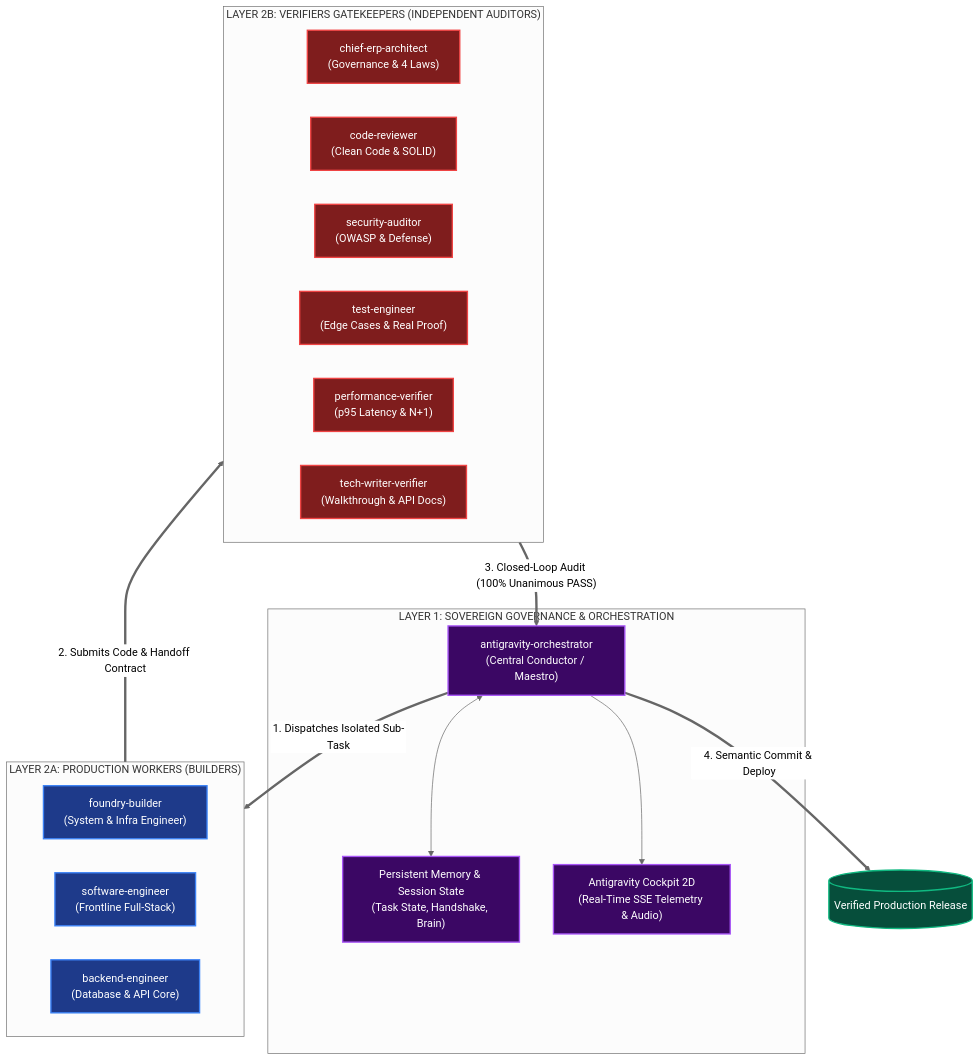
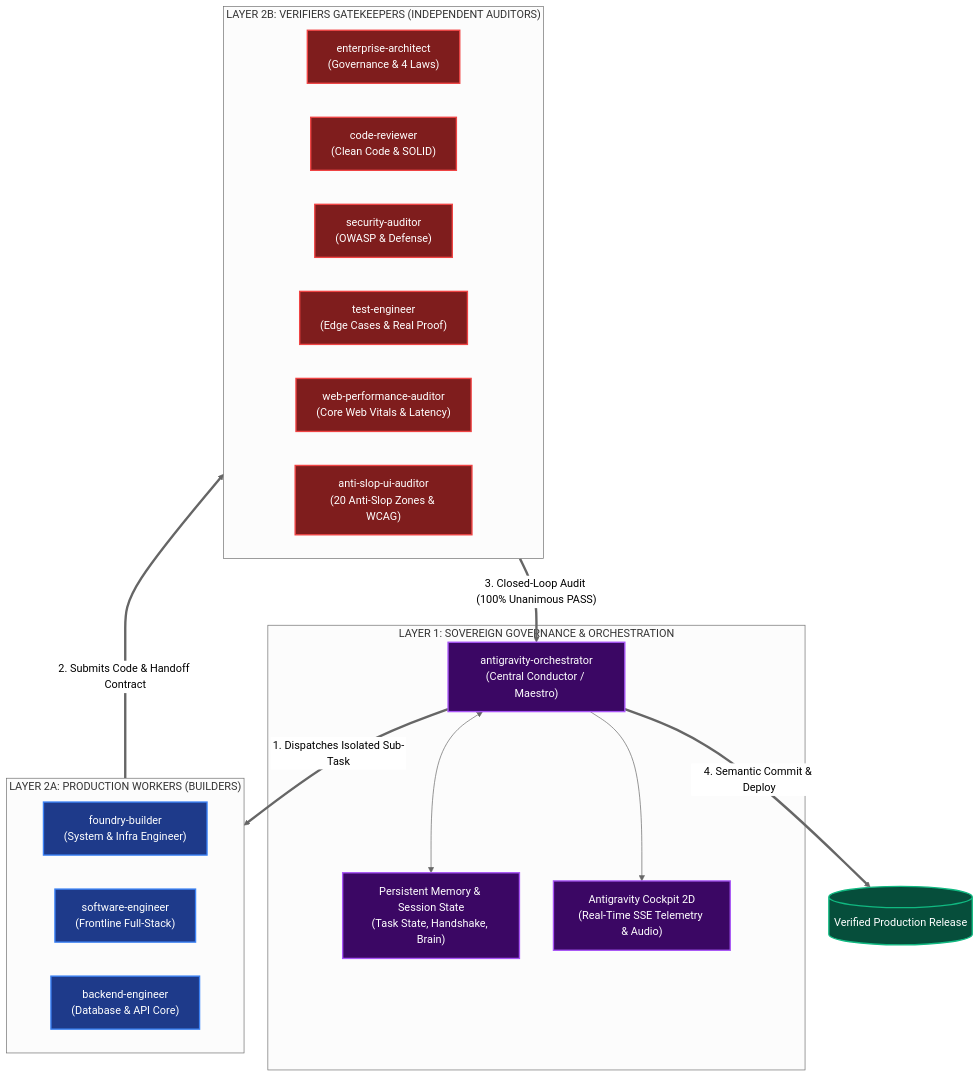
One commit to mrcodingdev/antigravity-foundry changed the second of 2 diagrams in README.md. Above: the diagram before and after it, drawn with Mermaid (neutral theme). The commit also changed other lines of this file and 18 other files, not shown here.

````diff
--- a/README.md
+++ b/README.md
@@ -68,41 +70,41 @@
 ```mermaid
 flowchart TB
     subgraph Layer1 ["LAYER 1: SOVEREIGN GOVERNANCE & ORCHESTRATION"]
         Maestro["antigravity-orchestrator<br/>(Central Conductor / Maestro)"]
         State["Persistent Memory & Session State<br/>(Task State, Handshake, Brain)"]
         Cockpit["Antigravity Cockpit 2D<br/>(Real-Time SSE Telemetry & Audio)"]
         Maestro <--> State
         Maestro --> Cockpit
     end
 
     subgraph Layer2Workers ["LAYER 2A: PRODUCTION WORKERS (BUILDERS)"]
         direction LR
         W1["foundry-builder<br/>(System & Infra Engineer)"]
         W2["software-engineer<br/>(Frontline Full-Stack)"]
         W3["backend-engineer<br/>(Database & API Core)"]
     end
 
     subgraph Layer2Verifiers ["LAYER 2B: VERIFIERS GATEKEEPERS (INDEPENDENT AUDITORS)"]
         direction LR
-        V1["chief-erp-architect<br/>(Governance & 4 Laws)"]
+        V1["enterprise-architect<br/>(Governance & 4 Laws)"]
         V2["code-reviewer<br/>(Clean Code & SOLID)"]
         V3["security-auditor<br/>(OWASP & Defense)"]
         V4["test-engineer<br/>(Edge Cases & Real Proof)"]
-        V5["performance-verifier<br/>(p95 Latency & N+1)"]
-        V6["tech-writer-verifier<br/>(Walkthrough & API Docs)"]
+        V5["web-performance-auditor<br/>(Core Web Vitals & Latency)"]
+        V6["anti-slop-ui-auditor<br/>(20 Anti-Slop Zones & WCAG)"]
     end
 
     Maestro ==>|"1. Dispatches Isolated Sub-Task"| Layer2Workers
     Layer2Workers ==>|"2. Submits Code & Handoff Contract"| Layer2Verifiers
     Layer2Verifiers ==>|"3. Closed-Loop Audit (100% Unanimous PASS)"| Maestro
     Maestro ==>|"4. Semantic Commit & Deploy"| Production[("Verified Production Release")]
 
     classDef orch fill:#3b0764,stroke:#a855f7,stroke-width:2px,color:#fff;
     classDef worker fill:#1e3a8a,stroke:#3b82f6,stroke-width:2px,color:#fff;
     classDef verifier fill:#7f1d1d,stroke:#ef4444,stroke-width:2px,color:#fff;
     classDef prod fill:#064e3b,stroke:#10b981,stroke-width:2px,color:#fff;
     class Maestro,State,Cockpit orch;
     class W1,W2,W3 worker;
     class V1,V2,V3,V4,V5,V6 verifier;
     class Production prod;
 ```
````
